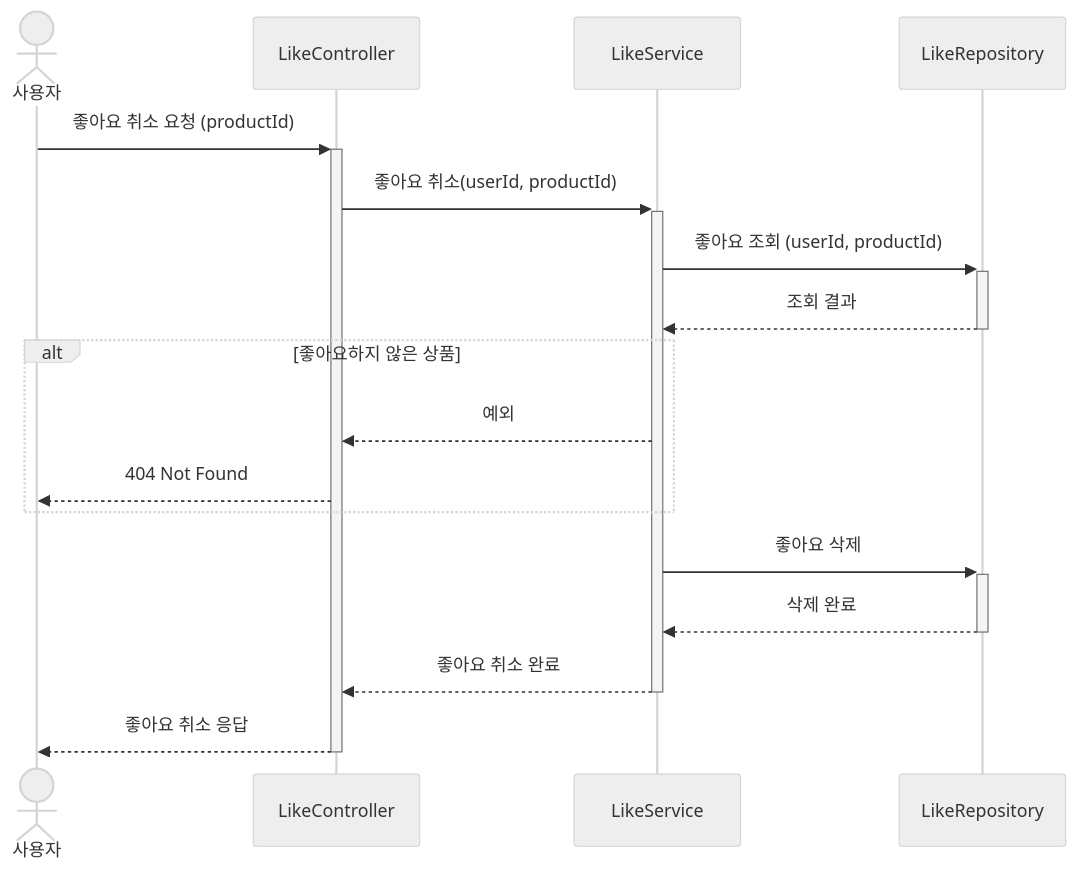
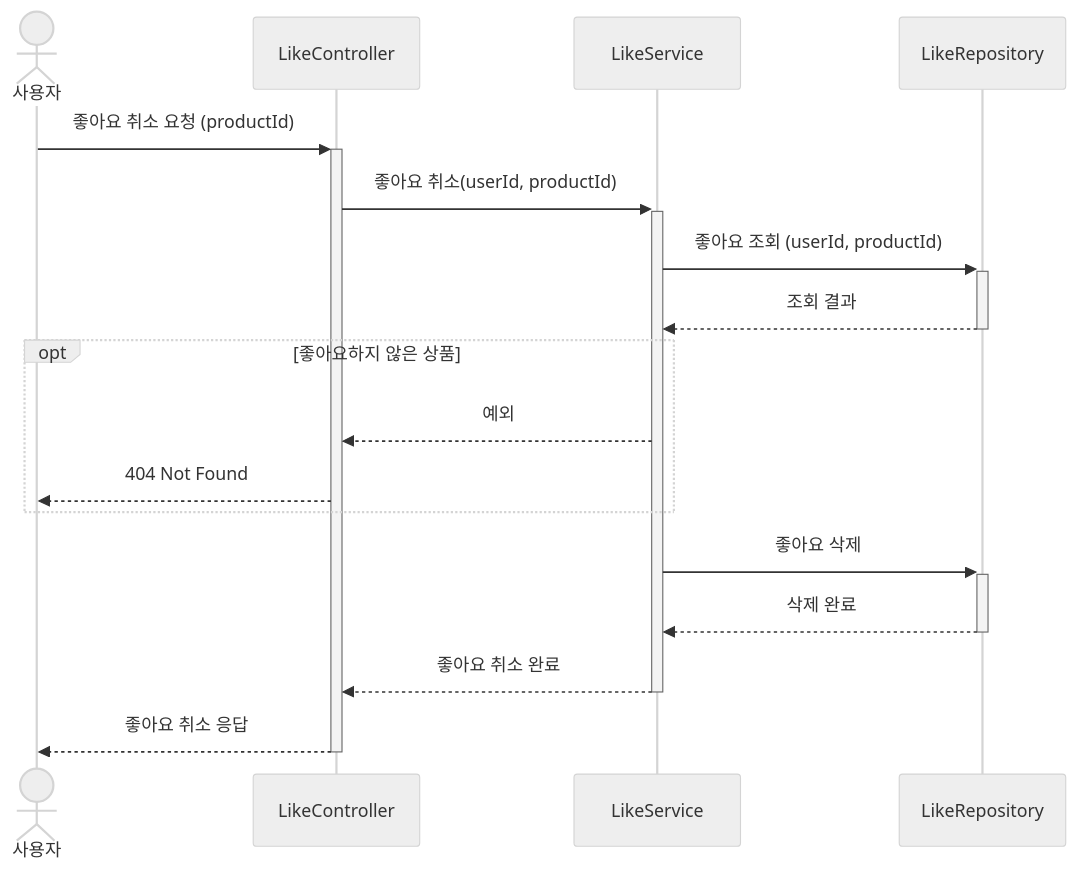
One commit to kimjunyoung90/loop-pack-be-l2-vol3-java changed diagram 16 of 23 in docs/design/02-sequence-diagrams.md. Above: the diagram before and after it, drawn with Mermaid (neutral theme). The commit also changed other lines of this file, not shown here.

````diff
--- a/docs/design/02-sequence-diagrams.md
+++ b/docs/design/02-sequence-diagrams.md
@@ -522,22 +522,22 @@
 ```mermaid
 sequenceDiagram
     actor User as 사용자
     participant LC as LikeController
     participant LS as LikeService
     participant LR as LikeRepository
 
     User->>+LC: 좋아요 취소 요청 (productId)
     LC->>+LS: 좋아요 취소(userId, productId)
     LS->>+LR: 좋아요 조회 (userId, productId)
     LR-->>-LS: 조회 결과
 
-    alt 좋아요하지 않은 상품
+    opt 좋아요하지 않은 상품
         LS-->>LC: 예외
         LC-->>User: 404 Not Found
     end
 
     LS->>+LR: 좋아요 삭제
     LR-->>-LS: 삭제 완료
     LS-->>-LC: 좋아요 취소 완료
     LC-->>-User: 좋아요 취소 응답
 ```
````
